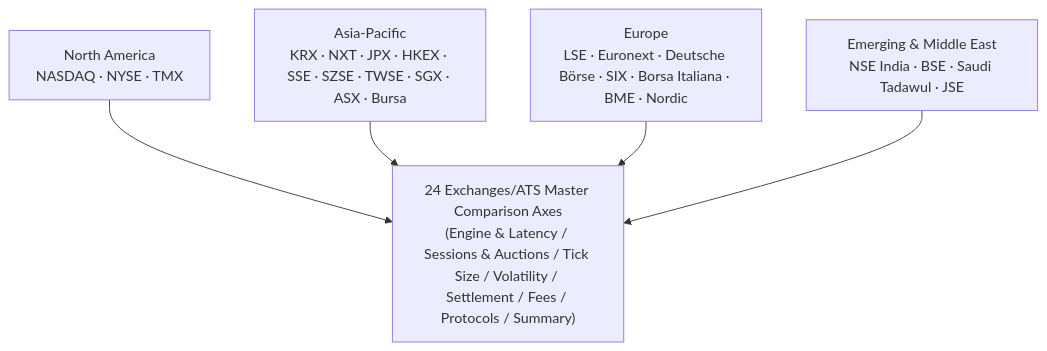
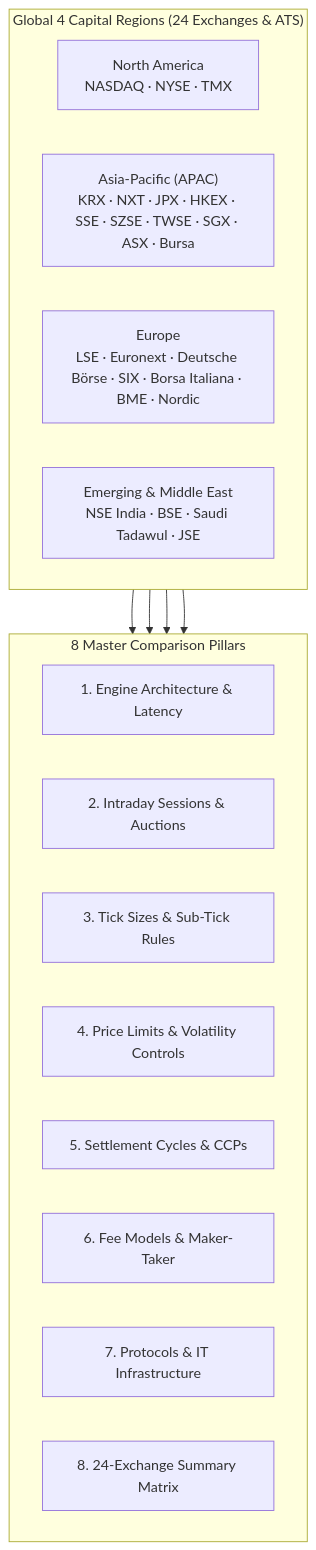
The first of 4 diagrams in en/comparison_matrix.md (keimania/global-exchanges), drawn with Mermaid before and after one commit. The commit also changed other lines of this file and 3 other files, not shown here.

Commit message:
fix: resolve Mermaid hidden element 0-dimension layout bug and restructure Section 1 & 5 diagrams

````diff
--- a/en/comparison_matrix.md
+++ b/en/comparison_matrix.md
@@ -14,14 +14,27 @@
 ```mermaid
 flowchart TD
-    NA["North America<br>NASDAQ · NYSE · TMX"]
-    APAC["Asia-Pacific<br>KRX · NXT · JPX · HKEX · SSE · SZSE · TWSE · SGX · ASX · Bursa"]
-    EU["Europe<br>LSE · Euronext · Deutsche Börse · SIX · Borsa Italiana · BME · Nordic"]
-    EM["Emerging & Middle East<br>NSE India · BSE · Saudi Tadawul · JSE"]
+    subgraph Regions["Global 4 Capital Regions (24 Exchanges & ATS)"]
+        direction LR
+        NA["North America<br>NASDAQ · NYSE · TMX"]
+        APAC["Asia-Pacific (APAC)<br>KRX · NXT · JPX · HKEX · SSE · SZSE · TWSE · SGX · ASX · Bursa"]
+        EU["Europe<br>LSE · Euronext · Deutsche Börse · SIX · Borsa Italiana · BME · Nordic"]
+        EM["Emerging & Middle East<br>NSE India · BSE · Saudi Tadawul · JSE"]
+    end
 
-    Matrix["24 Exchanges/ATS Master Comparison Axes<br>(Engine & Latency / Sessions & Auctions / Tick Size / Volatility / Settlement / Fees / Protocols / Summary)"]
+    subgraph Pillars["8 Master Comparison Pillars"]
+        direction LR
+        P1["1. Engine Architecture & Latency"]
+        P2["2. Intraday Sessions & Auctions"]
+        P3["3. Tick Sizes & Sub-Tick Rules"]
+        P4["4. Price Limits & Volatility Controls"]
+        P5["5. Settlement Cycles & CCPs"]
+        P6["6. Fee Models & Maker-Taker"]
+        P7["7. Protocols & IT Infrastructure"]
+        P8["8. 24-Exchange Summary Matrix"]
+    end
 
-    NA --> Matrix
-    APAC --> Matrix
-    EU --> Matrix
-    EM --> Matrix
+    NA --> P1
+    APAC --> P3
+    EU --> P5
+    EM --> P7
 ```
````
